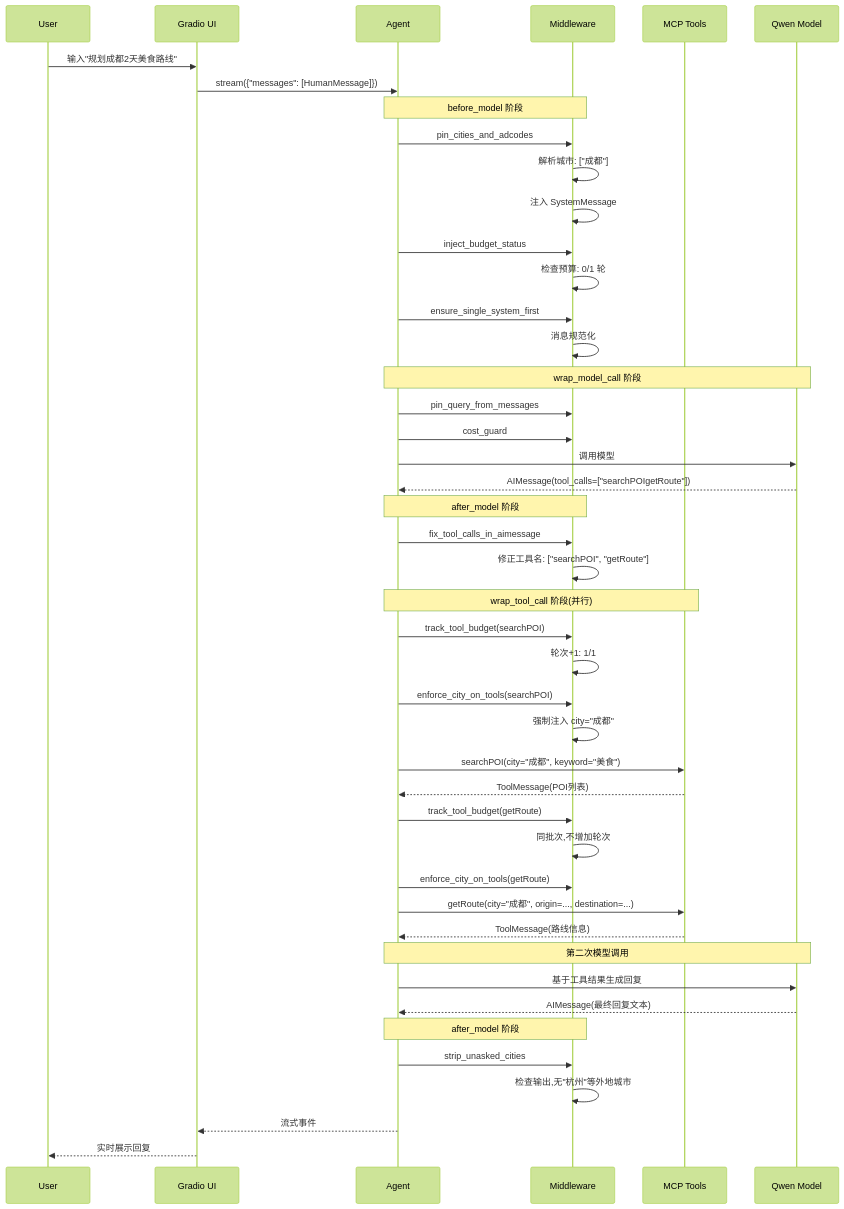
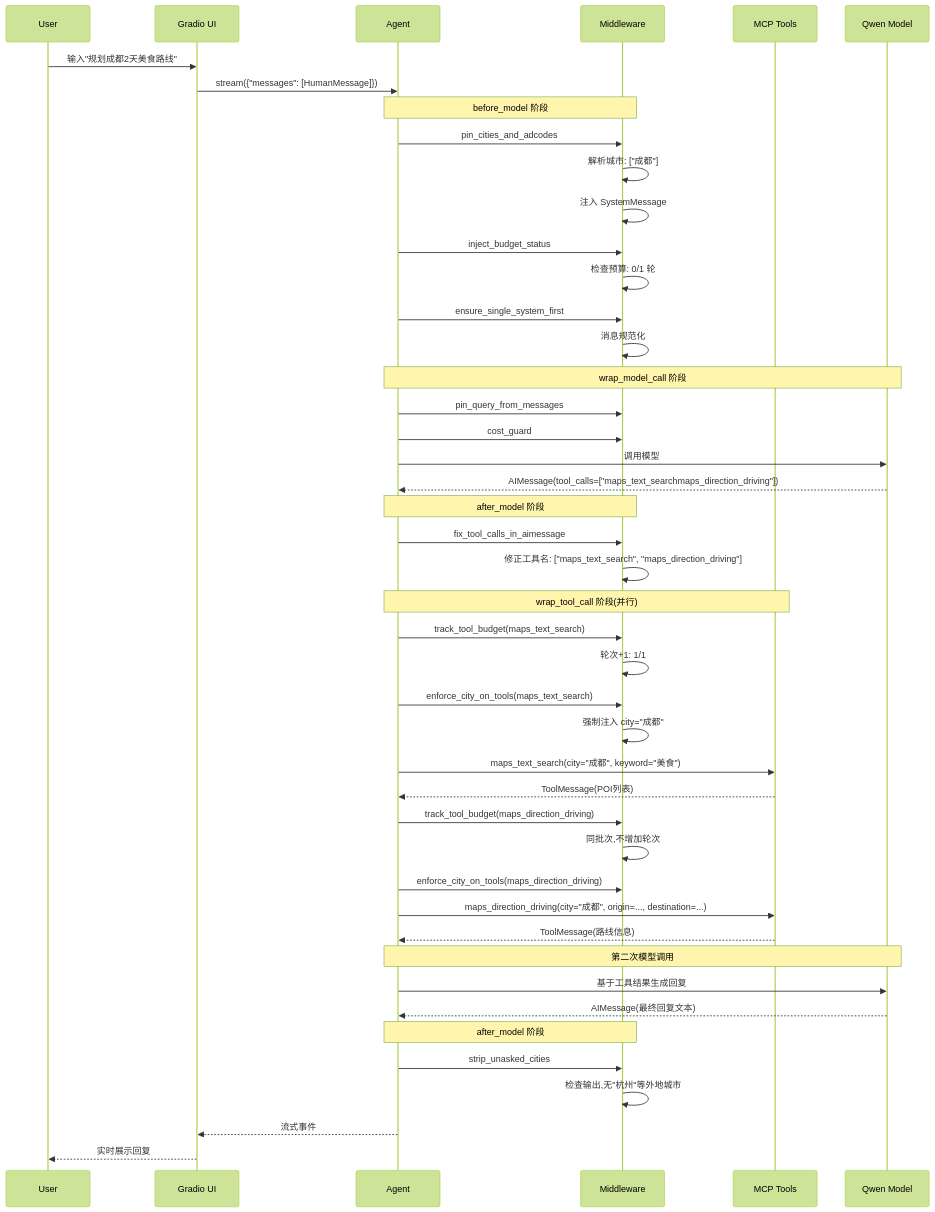
One commit to SWUSTcyt/langchain-travel-agent changed the diagram in docs/ARCHITECTURE.md. Above: the diagram before and after it, drawn with Mermaid (forest theme). The commit also changed other lines of this file and 32 other files, not shown here.

````diff
--- a/docs/ARCHITECTURE.md
+++ b/docs/ARCHITECTURE.md
@@ -577,56 +578,56 @@
 ```mermaid
 sequenceDiagram
     participant User
     participant Gradio UI
     participant Agent
     participant Middleware
     participant MCP Tools
     participant Qwen Model
 
     User->>Gradio UI: 输入"规划成都2天美食路线"
     Gradio UI->>Agent: stream({"messages": [HumanMessage]})
 
     Note over Agent,Middleware: before_model 阶段
     Agent->>Middleware: pin_cities_and_adcodes
     Middleware->>Middleware: 解析城市: ["成都"]
     Middleware->>Middleware: 注入 SystemMessage
     Agent->>Middleware: inject_budget_status
     Middleware->>Middleware: 检查预算: 0/1 轮
     Agent->>Middleware: ensure_single_system_first
     Middleware->>Middleware: 消息规范化
 
     Note over Agent,Qwen Model: wrap_model_call 阶段
     Agent->>Middleware: pin_query_from_messages
     Agent->>Middleware: cost_guard
     Agent->>Qwen Model: 调用模型
-    Qwen Model-->>Agent: AIMessage(tool_calls=["searchPOIgetRoute"])
+    Qwen Model-->>Agent: AIMessage(tool_calls=["maps_text_searchmaps_direction_driving"])
 
     Note over Agent,Middleware: after_model 阶段
     Agent->>Middleware: fix_tool_calls_in_aimessage
-    Middleware->>Middleware: 修正工具名: ["searchPOI", "getRoute"]
+    Middleware->>Middleware: 修正工具名: ["maps_text_search", "maps_direction_driving"]
 
     Note over Agent,MCP Tools: wrap_tool_call 阶段(并行)
-    Agent->>Middleware: track_tool_budget(searchPOI)
+    Agent->>Middleware: track_tool_budget(maps_text_search)
     Middleware->>Middleware: 轮次+1: 1/1
-    Agent->>Middleware: enforce_city_on_tools(searchPOI)
+    Agent->>Middleware: enforce_city_on_tools(maps_text_search)
     Middleware->>Middleware: 强制注入 city="成都"
-    Agent->>MCP Tools: searchPOI(city="成都", keyword="美食")
+    Agent->>MCP Tools: maps_text_search(city="成都", keyword="美食")
     MCP Tools-->>Agent: ToolMessage(POI列表)
 
-    Agent->>Middleware: track_tool_budget(getRoute)
+    Agent->>Middleware: track_tool_budget(maps_direction_driving)
     Middleware->>Middleware: 同批次,不增加轮次
-    Agent->>Middleware: enforce_city_on_tools(getRoute)
-    Agent->>MCP Tools: getRoute(city="成都", origin=..., destination=...)
+    Agent->>Middleware: enforce_city_on_tools(maps_direction_driving)
+    Agent->>MCP Tools: maps_direction_driving(city="成都", origin=..., destination=...)
     MCP Tools-->>Agent: ToolMessage(路线信息)
 
     Note over Agent,Qwen Model: 第二次模型调用
     Agent->>Qwen Model: 基于工具结果生成回复
     Qwen Model-->>Agent: AIMessage(最终回复文本)
 
     Note over Agent,Middleware: after_model 阶段
     Agent->>Middleware: strip_unasked_cities
     Middleware->>Middleware: 检查输出,无"杭州"等外地城市
 
     Agent-->>Gradio UI: 流式事件
     Gradio UI-->>User: 实时展示回复
 ```
````
